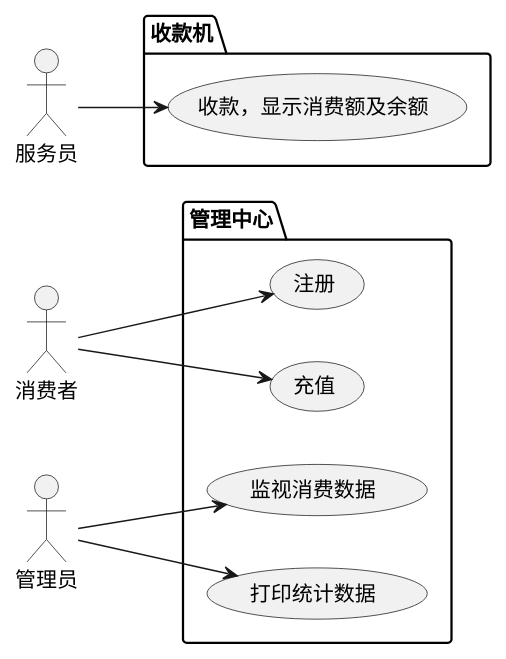
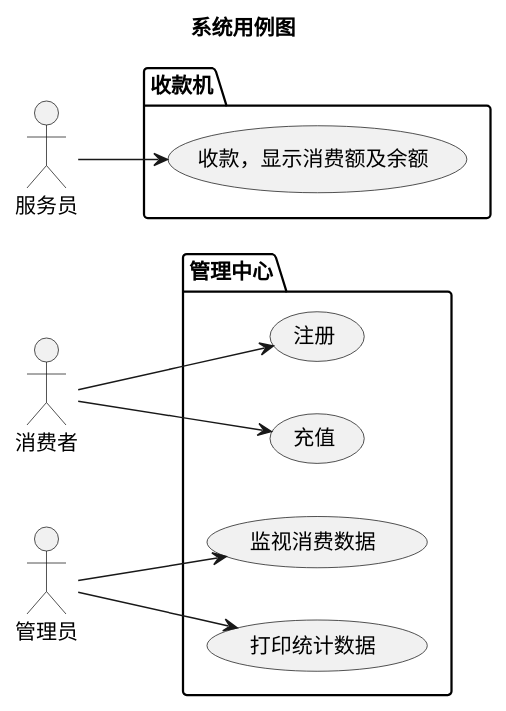
One commit to cxl086/architectCampus changed the first of 6 diagrams in week1/作业.md. Above: the diagram before and after it, drawn with PlantUML. The commit also changed other lines of this file, not shown here.

Commit message:
week1 diagrams.

````diff
--- a/week1/作业.md
+++ b/week1/作业.md
@@ -10,28 +10,29 @@
 ```plantuml
 @startuml
+title 系统用例图
 
 left to right direction
 
 actor 消费者 as ac_cus
 actor 服务员 as ac_srv
 actor 管理员 as ac_adm
 
 package 管理中心 {
     usecase "注册" as uc_reg
     usecase "充值" as uc_rech
     usecase "监视消费数据" as uc_monit
     usecase "打印统计数据" as uc_print
 }
 
 package 收款机 {
     usecase "收款，显示消费额及余额" as uc_check
 }
 
 ac_cus --> uc_reg
 ac_cus --> uc_rech
 ac_srv --> uc_check
 ac_adm --> uc_monit
 ac_adm --> uc_print
 
 @enduml
 ```
````
